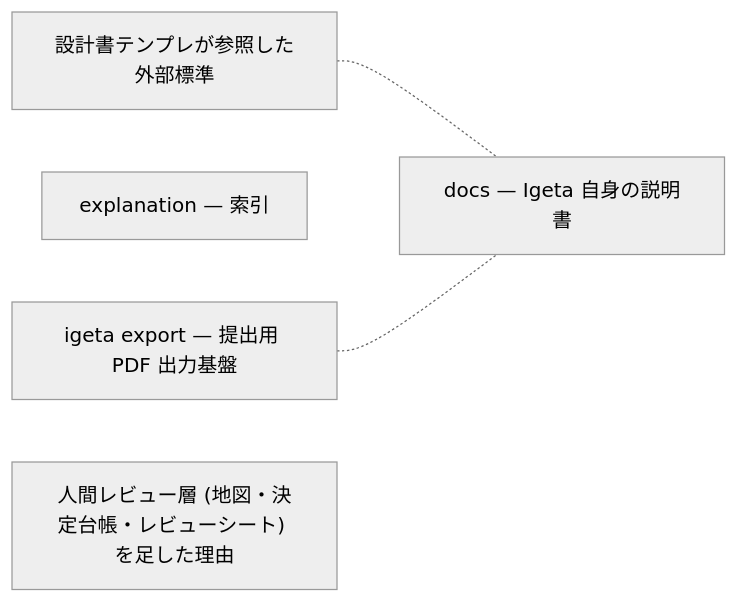
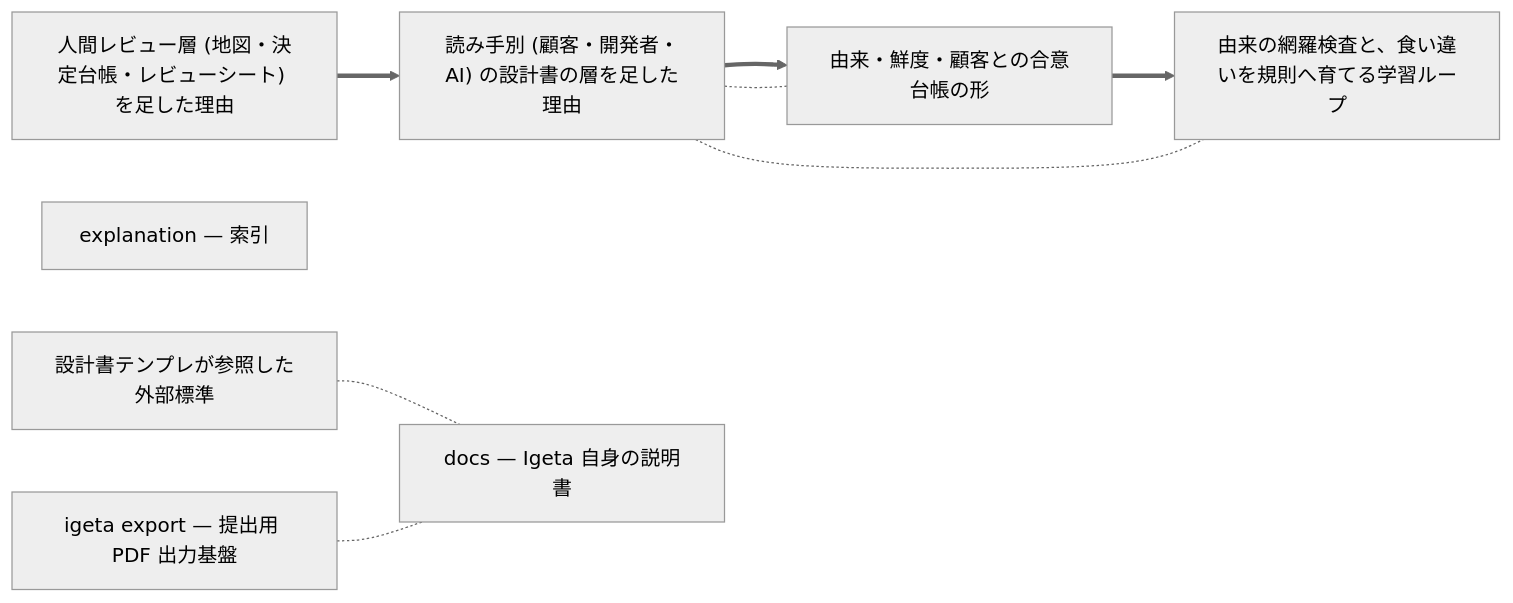
Before and after one commit to SakakitaniJunya/Igeta: the diagram in docs/dependencies.md, drawn with Mermaid (neutral theme). The commit also changed other lines of this file and 4 other files, not shown here.

First line of the commit message:
docs(explanation): 読み手別 (顧客・開発者・AI) の層、由来・鮮度・合意の台帳、網羅と学習の設計を追加する

````diff
--- a/docs/dependencies.md
+++ b/docs/dependencies.md
@@ -12,26 +12,37 @@
 ```mermaid
 graph LR
   classDef standard fill:#fde68a,stroke:#92400e,color:#111
   classDef architecture fill:#bfdbfe,stroke:#1e3a8a,color:#111
   classDef strategy fill:#fbcfe8,stroke:#9d174d,color:#111
   classDef prd fill:#bbf7d0,stroke:#065f46,color:#111
   classDef business fill:#a7f3d0,stroke:#064e3b,color:#111
   classDef adr fill:#c7d2fe,stroke:#3730a3,color:#111
   classDef runbook fill:#fecaca,stroke:#7f1d1d,color:#111
   classDef guide fill:#e9d5ff,stroke:#581c87,color:#111
   classDef design fill:#ddd6fe,stroke:#6d28d9,color:#111
   classDef map fill:#fef3c7,stroke:#78350f,color:#111
   classDef decision_log fill:#fee2e2,stroke:#7f1d1d,color:#111
+  audience-layers["読み手別 (顧客・開発者・AI) の設計書の層を足した理由"]
+  class audience-layers explanation
+  coverage-and-learning["由来の網羅検査と、食い違いを規則へ育てる学習ループ"]
+  class coverage-and-learning explanation
   design-doc-standards["設計書テンプレが参照した外部標準"]
   class design-doc-standards explanation
   docs-index["docs — Igeta 自身の説明書"]
   class docs-index index
   explanation-index["explanation — 索引"]
   class explanation-index index
   export-deliverable["igeta export — 提出用 PDF 出力基盤"]
   class export-deliverable explanation
   human-review-layer["人間レビュー層 (地図・決定台帳・レビューシート) を足した理由"]
   class human-review-layer explanation
+  provenance-and-agreement["由来・鮮度・顧客との合意台帳の形"]
+  class provenance-and-agreement explanation
+  human-review-layer ==> audience-layers
+  provenance-and-agreement ==> coverage-and-learning
+  audience-layers ==> provenance-and-agreement
+  audience-layers -.- provenance-and-agreement
+  audience-layers -.- coverage-and-learning
   design-doc-standards -.- docs-index
   export-deliverable -.- docs-index
 ```
````
